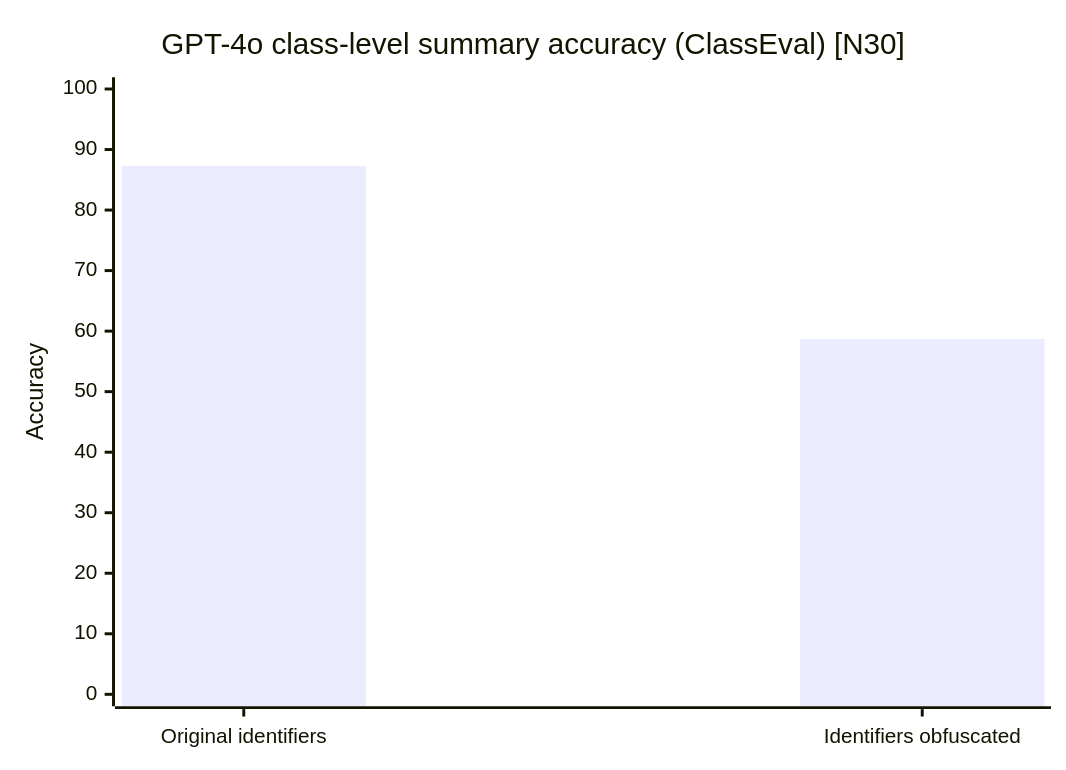
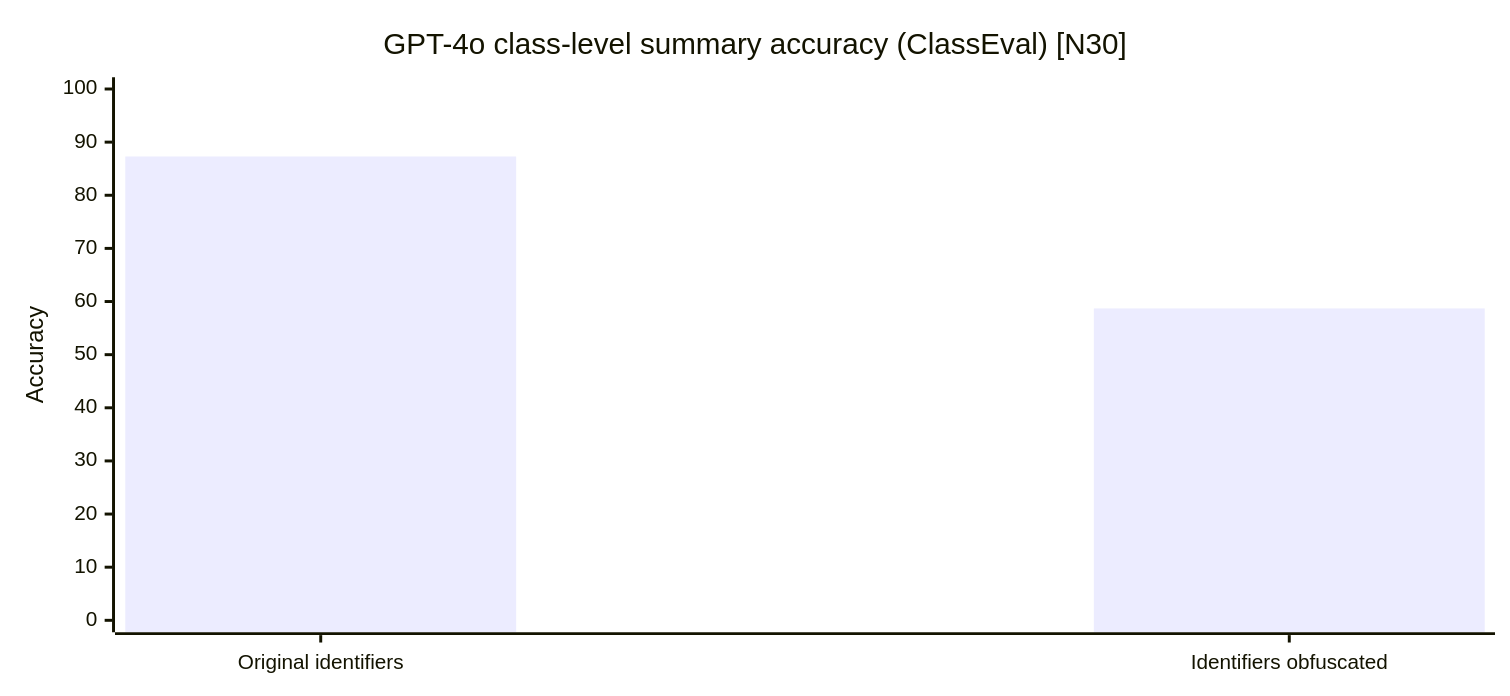
Diagram 17 of 21 in AI_Coding__The_Case_for_Guided_Autonomy/AI_Coding__The_Case_for_Guided_Autonomy.md (t-kuraga/ai-discussions), drawn with Mermaid before and after one commit. The commit also changed other lines of this file and 1 other file, not shown here.

````diff
--- a/AI_Coding__The_Case_for_Guided_Autonomy/AI_Coding__The_Case_for_Guided_Autonomy.md
+++ b/AI_Coding__The_Case_for_Guided_Autonomy/AI_Coding__The_Case_for_Guided_Autonomy.md
@@ -269,7 +363,8 @@
-   ```mermaid
-   xychart-beta
-       title "GPT-4o class-level summary accuracy (ClassEval) [N30]"
-       x-axis ["Original identifiers", "Identifiers obfuscated"]
-       y-axis "Accuracy" 0 --> 100
-       bar [87.3, 58.7]
-   ```
+```mermaid
+%%{init: {"xyChart": {"width": 1000, "height": 450}}}%%
+xychart-beta
+    title "GPT-4o class-level summary accuracy (ClassEval) [N30]"
+    x-axis ["Original identifiers", "Identifiers obfuscated"]
+    y-axis "Accuracy" 0 --> 100
+    bar [87.3, 58.7]
+```
````
